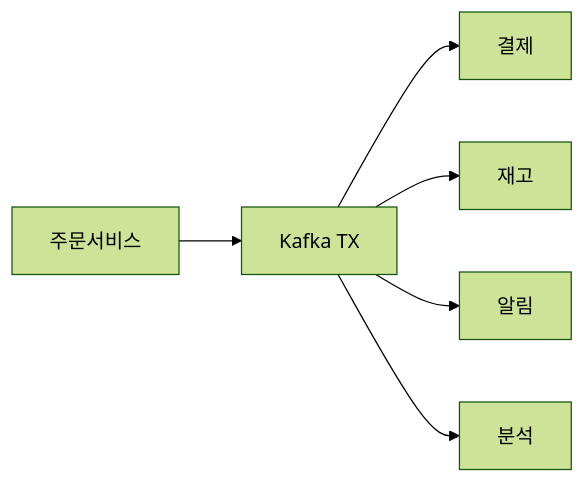
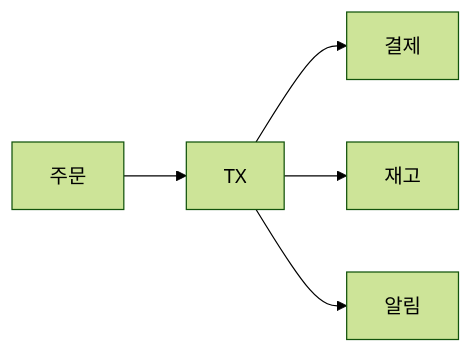
One commit to yjkim2015/yjkim2015.github.io changed the second of 12 diagrams in _posts/kafka/2026-05-03-kafka-practical-patterns.md. Above: the diagram before and after it, drawn with Mermaid (forest theme). The commit also changed other lines of this file and 2 other files, not shown here.

First line of the commit message:
Mermaid CSS 원복(제한 없음) + Kafka 다이어그램 내용 축소

````diff
--- a/_posts/kafka/2026-05-03-kafka-practical-patterns.md
+++ b/_posts/kafka/2026-05-03-kafka-practical-patterns.md
@@ -78,5 +76,4 @@
 ```mermaid
 graph LR
-    Svc["주문서비스"] --> TX["Kafka TX"]
-    TX --> T1["결제"] & T2["재고"] & T3["알림"] & T4["분석"]
+    S["주문"] --> TX --> T1["결제"] & T2["재고"] & T3["알림"]
 ```
````
